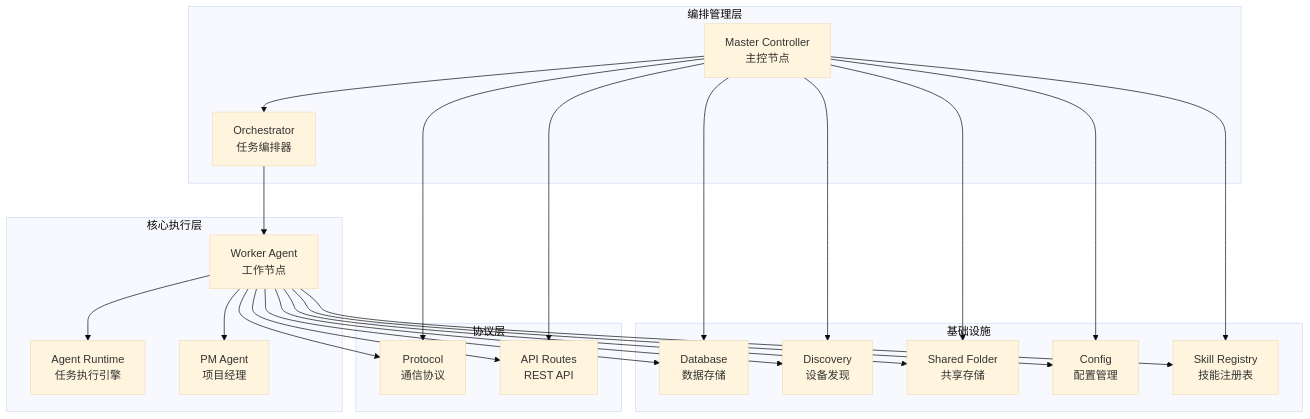
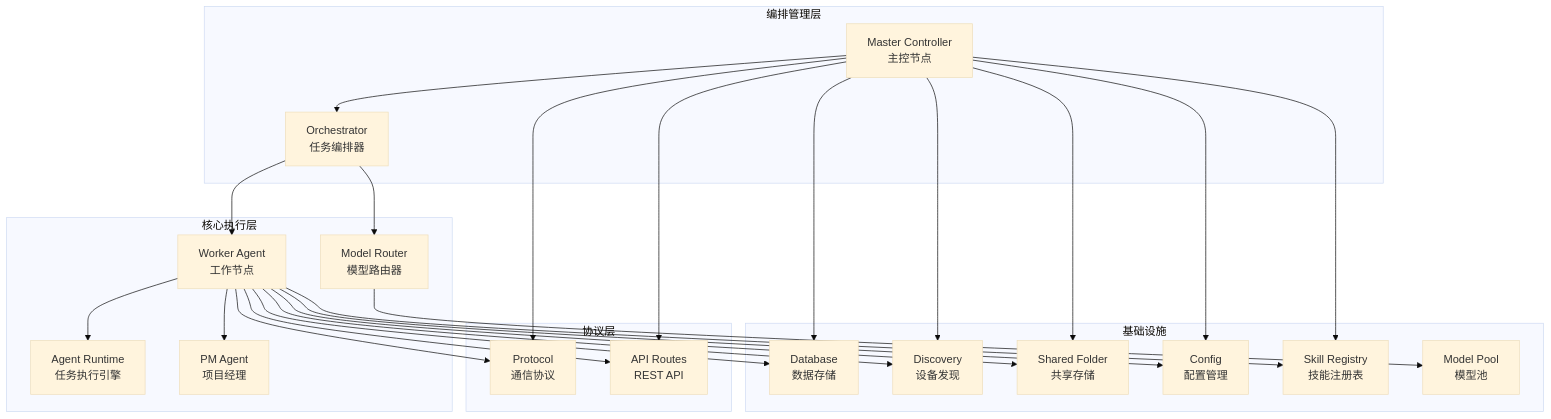
Before and after one commit to targalian/Personal-distributed-workstation: the first of 17 diagrams in .qoder/repowiki/zh/content/架构设计/Worker 代理/Agent 能力声明系统/Agent 运行时管理.md, drawn with Mermaid (base theme). The commit also changed other lines of this file and 64 other files, not shown here.

````diff
--- a/.qoder/repowiki/zh/content/架构设计/Worker 代理/Agent 能力声明系统/Agent 运行时管理.md
+++ b/.qoder/repowiki/zh/content/架构设计/Worker 代理/Agent 能力声明系统/Agent 运行时管理.md
@@ -55,41 +61,45 @@
 ```mermaid
 graph TB
 subgraph "核心执行层"
 AR[Agent Runtime<br/>任务执行引擎]
 WR[Worker Agent<br/>工作节点]
 PM[PM Agent<br/>项目经理]
+MR[Model Router<br/>模型路由器]
 end
 subgraph "编排管理层"
 OR[Orchestrator<br/>任务编排器]
 MS[Master Controller<br/>主控节点]
 end
 subgraph "基础设施"
 DB[Database<br/>数据存储]
 DS[Discovery<br/>设备发现]
 SF[Shared Folder<br/>共享存储]
 CFG[Config<br/>配置管理]
 SR[Skill Registry<br/>技能注册表]
+MP[Model Pool<br/>模型池]
 end
 subgraph "协议层"
 PT[Protocol<br/>通信协议]
 API[API Routes<br/>REST API]
 end
 MS --> OR
 OR --> WR
 WR --> AR
 WR --> PM
 WR --> API
 MS --> API
 WR --> DB
 MS --> DB
 WR --> DS
 MS --> DS
 WR --> SF
 MS --> SF
 WR --> CFG
 MS --> CFG
 WR --> SR
 MS --> SR
 WR --> PT
 MS --> PT
+OR --> MR
+MR --> MP
 ```
````
